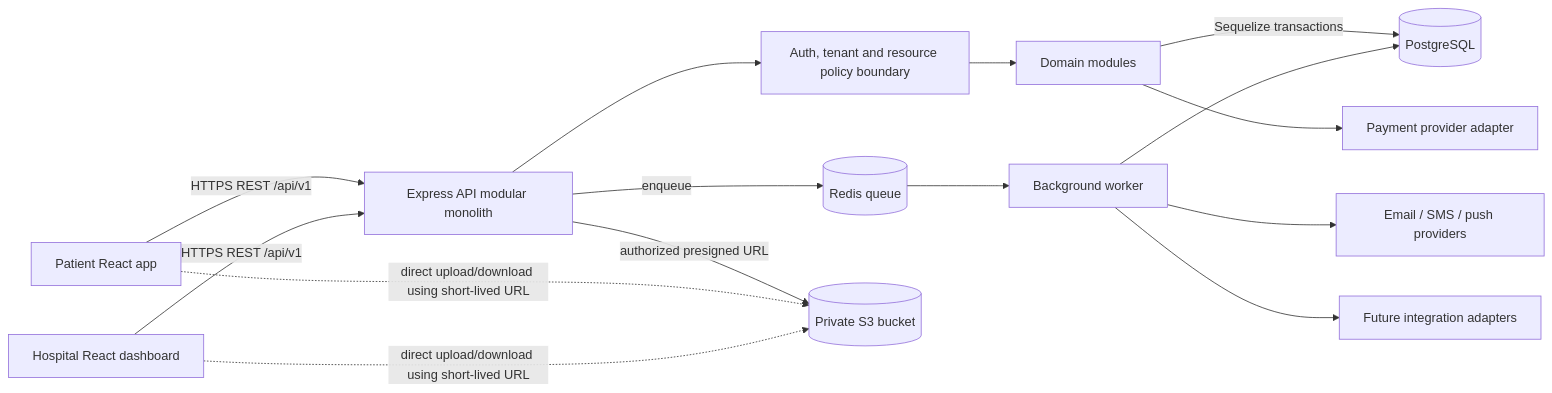
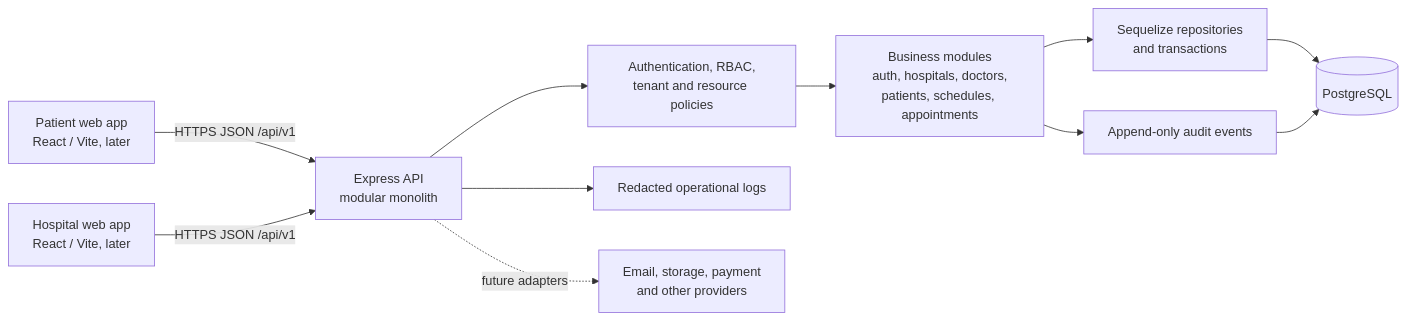
The diagram in docs/architecture/system-architecture.md (Animeshakgec/mediflow-health-platform), drawn with Mermaid before and after one commit. The commit also changed other lines of this file and 41 other files, not shown here.

````diff
--- a/docs/architecture/system-architecture.md
+++ b/docs/architecture/system-architecture.md
@@ -25,17 +17,13 @@
 ```mermaid
 flowchart LR
-  P[Patient React app] -->|HTTPS REST /api/v1| API[Express API modular monolith]
-  H[Hospital React dashboard] -->|HTTPS REST /api/v1| API
-  API --> AUTH[Auth, tenant and resource policy boundary]
-  AUTH --> MOD[Domain modules]
-  MOD -->|Sequelize transactions| PG[(PostgreSQL)]
-  API -->|enqueue| Q[(Redis queue)]
-  Q --> W[Background worker]
-  W --> PG
-  API -->|authorized presigned URL| S3[(Private S3 bucket)]
-  P -. direct upload/download using short-lived URL .-> S3
-  H -. direct upload/download using short-lived URL .-> S3
-  W --> N[Email / SMS / push providers]
-  MOD --> PAY[Payment provider adapter]
-  W --> INT[Future integration adapters]
+  PA[Patient web app<br/>React / Vite, later] -->|HTTPS JSON /api/v1| API[Express API<br/>modular monolith]
+  HA[Hospital web app<br/>React / Vite, later] -->|HTTPS JSON /api/v1| API
+  API --> SEC[Authentication, RBAC,<br/>tenant and resource policies]
+  SEC --> MOD[Business modules<br/>auth, hospitals, doctors,<br/>patients, schedules, appointments]
+  MOD --> ORM[Sequelize repositories<br/>and transactions]
+  ORM --> PG[(PostgreSQL)]
+  API --> LOG[Redacted operational logs]
+  MOD --> AUD[Append-only audit events]
+  AUD --> PG
+  API -. future adapters .-> EXT[Email, storage, payment<br/>and other providers]
 ```
````
